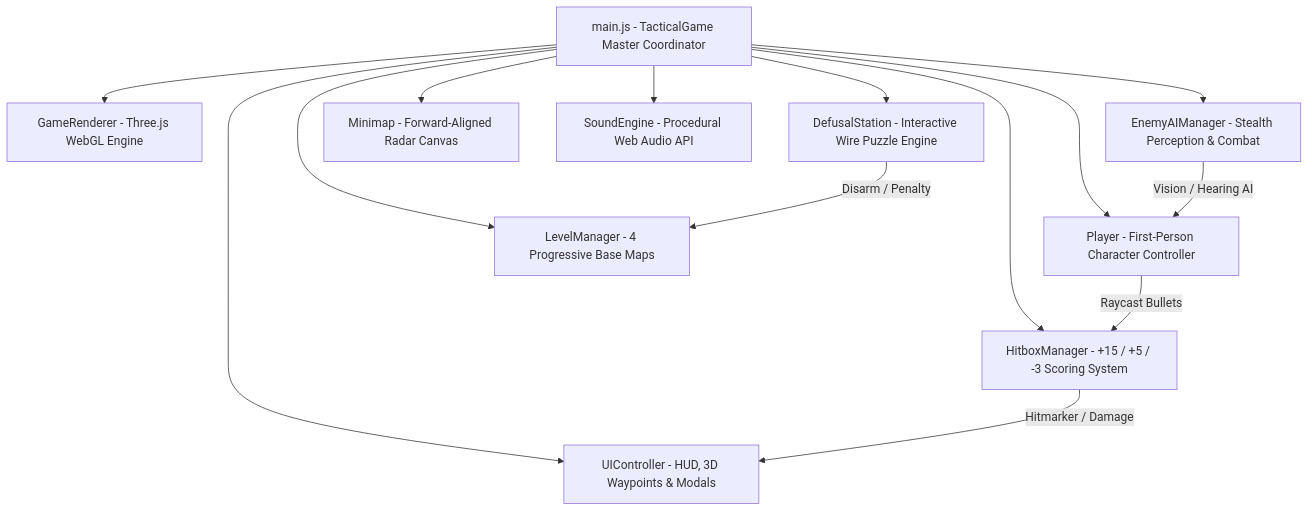
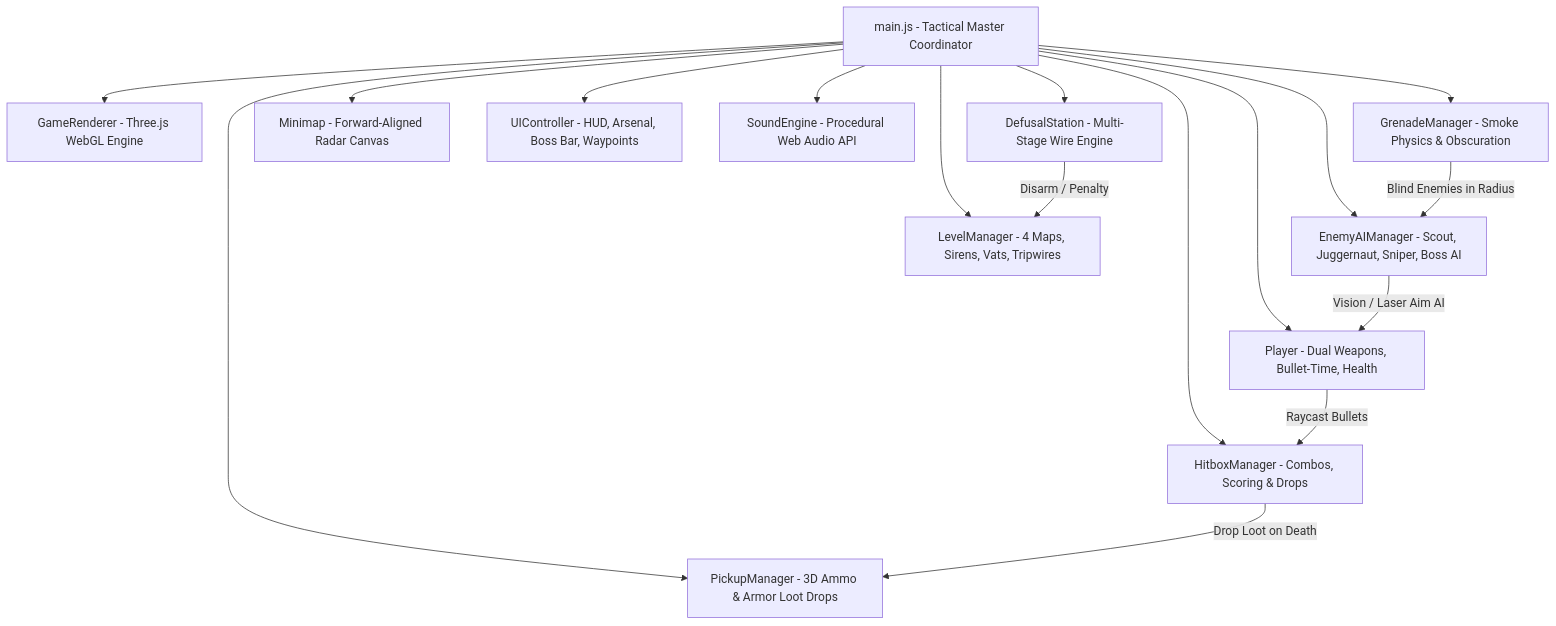
One commit to Snigdha-0210/Shoot_Game changed the diagram in README.md. Above: the diagram before and after it, drawn with Mermaid. The commit also changed other lines of this file, not shown here.

````diff
--- a/README.md
+++ b/README.md
@@ -47,17 +89,20 @@
 ```mermaid
 graph TD
-    A[main.js - TacticalGame Master Coordinator] --> B[GameRenderer - Three.js WebGL Engine]
-    A --> C[Player - First-Person Character Controller]
-    A --> D[EnemyAIManager - Stealth Perception & Combat]
-    A --> E[HitboxManager - +15 / +5 / -3 Scoring System]
-    A --> F[LevelManager - 4 Progressive Base Maps]
-    A --> G[DefusalStation - Interactive Wire Puzzle Engine]
+    A[main.js - Tactical Master Coordinator] --> B[GameRenderer - Three.js WebGL Engine]
+    A --> C[Player - Dual Weapons, Bullet-Time, Health]
+    A --> D[EnemyAIManager - Scout, Juggernaut, Sniper, Boss AI]
+    A --> E[HitboxManager - Combos, Scoring & Drops]
+    A --> F[LevelManager - 4 Maps, Sirens, Vats, Tripwires]
+    A --> G[DefusalStation - Multi-Stage Wire Engine]
     A --> H[Minimap - Forward-Aligned Radar Canvas]
-    A --> I[UIController - HUD, 3D Waypoints & Modals]
+    A --> I[UIController - HUD, Arsenal, Boss Bar, Waypoints]
     A --> J[SoundEngine - Procedural Web Audio API]
+    A --> K[PickupManager - 3D Ammo & Armor Loot Drops]
+    A --> L[GrenadeManager - Smoke Physics & Obscuration]
 
     C --> |Raycast Bullets| E
-    D --> |Vision / Hearing AI| C
-    E --> |Hitmarker / Damage| I
+    D --> |Vision / Laser Aim AI| C
+    E --> |Drop Loot on Death| K
+    L --> |Blind Enemies in Radius| D
     G --> |Disarm / Penalty| F
 ```
````
